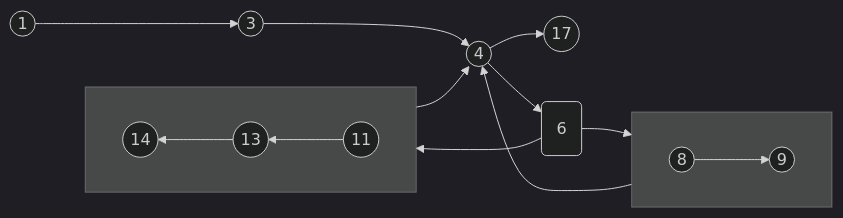
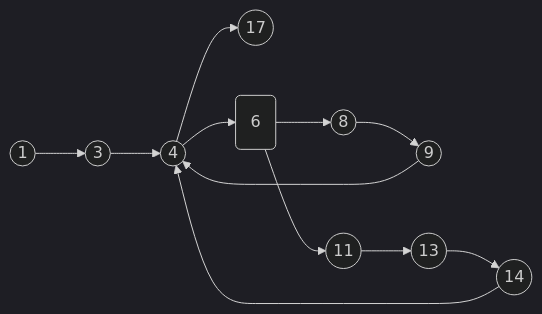
Before and after one commit to sd4483/Obsidian: the first of 2 diagrams in Software Testing/Labs/Lab 01.md, drawn with Mermaid (dark theme). The commit also changed other lines of this file, not shown here.

Commit message:
vault backup: 2023-02-23 11:37:09

````diff
--- a/Software Testing/Labs/Lab 01.md
+++ b/Software Testing/Labs/Lab 01.md
@@ -5,15 +5,14 @@
 ```mermaid
 flowchart LR
 	id1((1)) --> id2((3)) --> id3((4)) --> id10((17)) & id4((6))
+	
 	id4(6) --> id5((8)) & id7((11))
-	subgraph  
-		direction LR
-		id5((8)) --> id6((9))
-	end
+	
+	id5((8)) --> id6((9))
+	
 	id6((9)) --> id3((4))
-	subgraph   
-		direction RL
-		id7((11)) --> id8((13)) --> id9((14))
-	end
+	
+	id7((11)) --> id8((13)) --> id9((14))
+	
 	id9((14)) --> id3((4))
 ```
````
